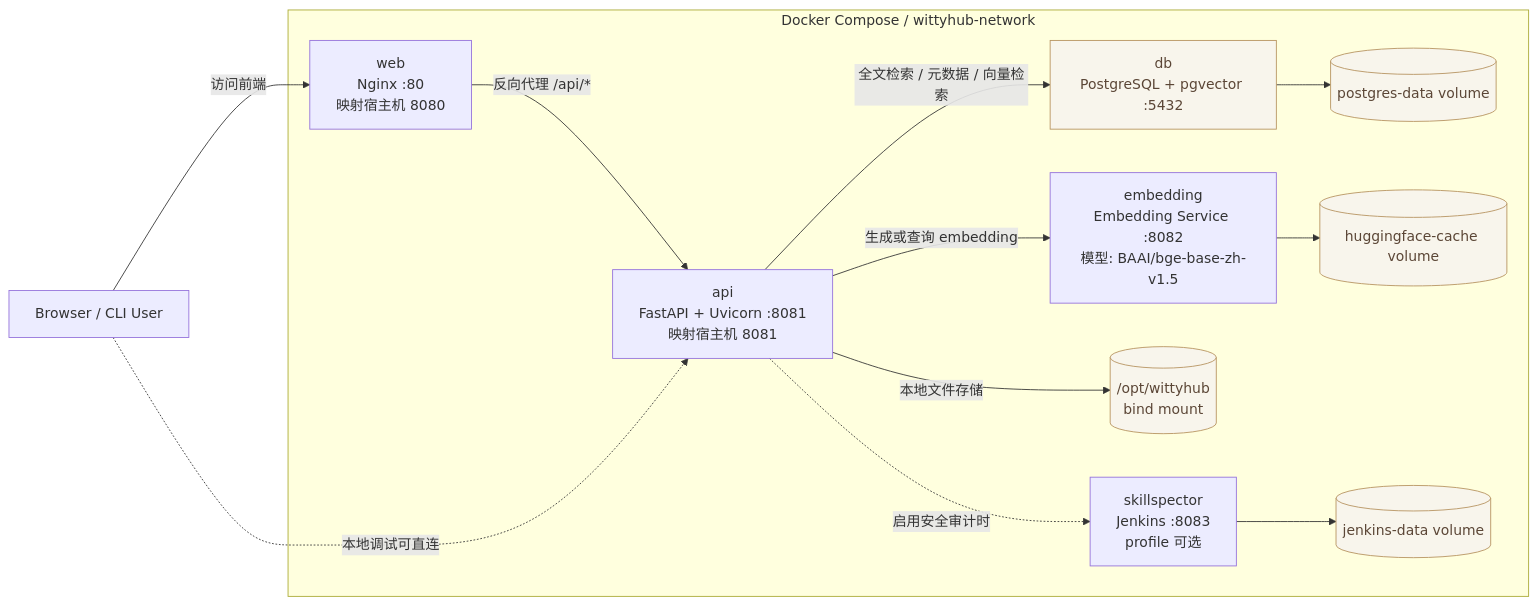
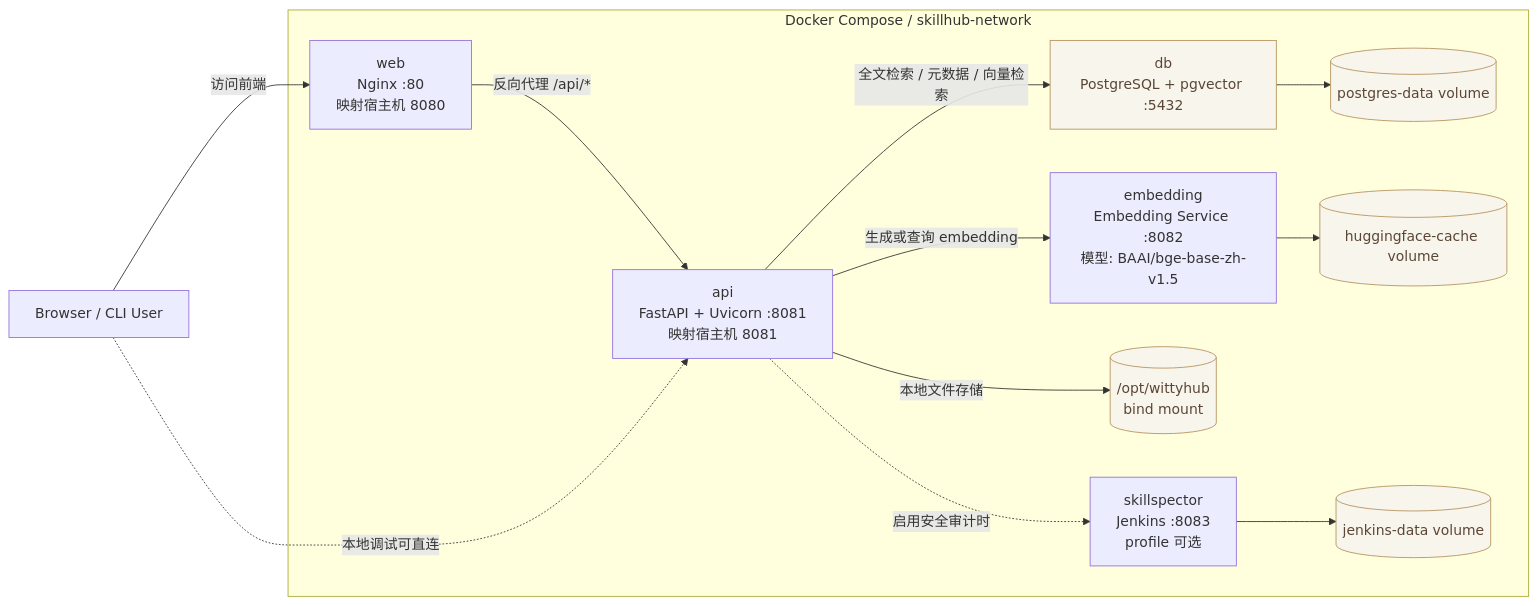
One commit to openeuler-mirror/skillhub changed the first of 2 diagrams in README.md. Above: the diagram before and after it, drawn with Mermaid. The commit also changed other lines of this file and 26 other files, not shown here.

First line of the commit message:
chore: 将项目从 wittyhub 更名为 skillhub

````diff
--- a/README.md
+++ b/README.md
@@ -86,35 +86,35 @@
 ```mermaid
 flowchart LR
     User["Browser / CLI User"]
 
-    subgraph Compose["Docker Compose / wittyhub-network"]
+    subgraph Compose["Docker Compose / skillhub-network"]
         Web["web<br/>Nginx :80<br/>映射宿主机 8080"]
         API["api<br/>FastAPI + Uvicorn :8081<br/>映射宿主机 8081"]
         Embedding["embedding<br/>Embedding Service :8082<br/>模型: BAAI/bge-base-zh-v1.5"]
         DB["db<br/>PostgreSQL + pgvector :5432"]
         SkillData[("/opt/wittyhub<br/>bind mount")]
         PgData[("postgres-data volume")]
         ModelCache[("huggingface-cache volume")]
         SkillSpector["skillspector<br/>Jenkins :8083<br/>profile 可选"]
         JenkinsData[("jenkins-data volume")]
     end
 
     User -->|"访问前端"| Web
     Web -->|"反向代理 /api/*"| API
     User -.->|"本地调试可直连"| API
     API -->|"全文检索 / 元数据 / 向量检索"| DB
     API -->|"生成或查询 embedding"| Embedding
     API -->|"本地文件存储"| SkillData
     DB --> PgData
     Embedding --> ModelCache
     API -.->|"启用安全审计时"| SkillSpector
     SkillSpector --> JenkinsData
 
     DB:::store
     SkillData:::store
     PgData:::store
     ModelCache:::store
     JenkinsData:::store
 
     classDef store fill:#f8f5ec,stroke:#b6925e,color:#5b4636;
 ```
````
